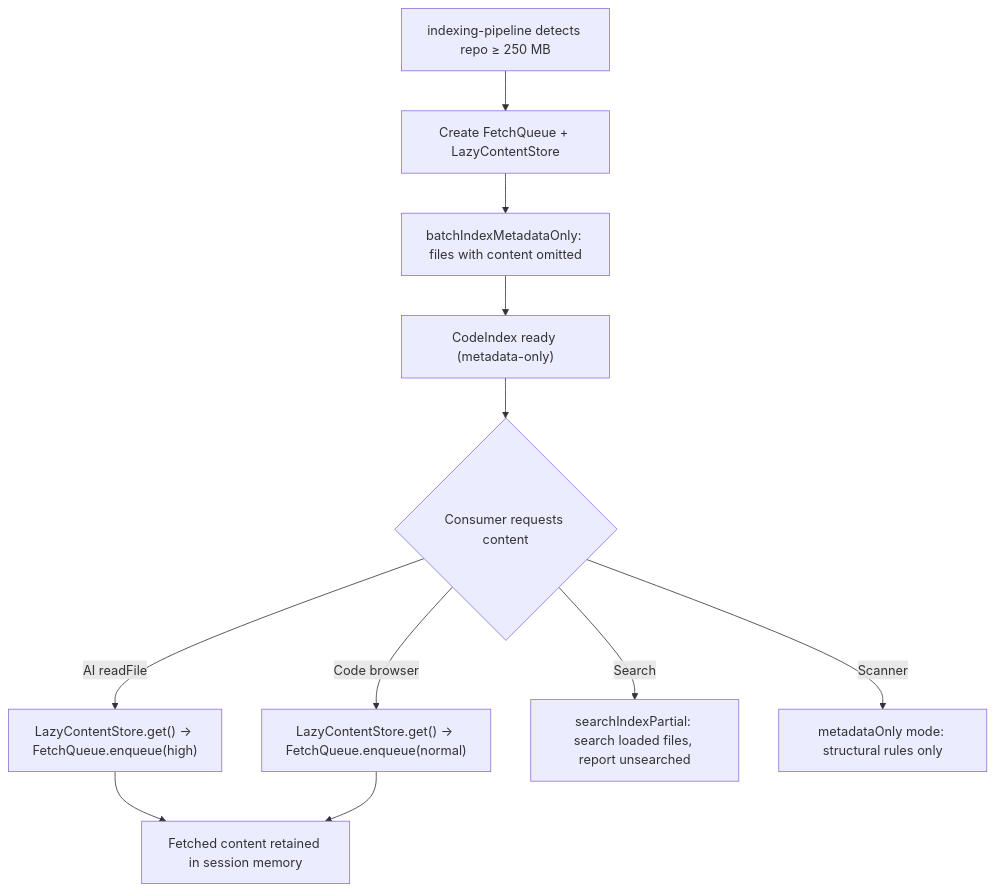
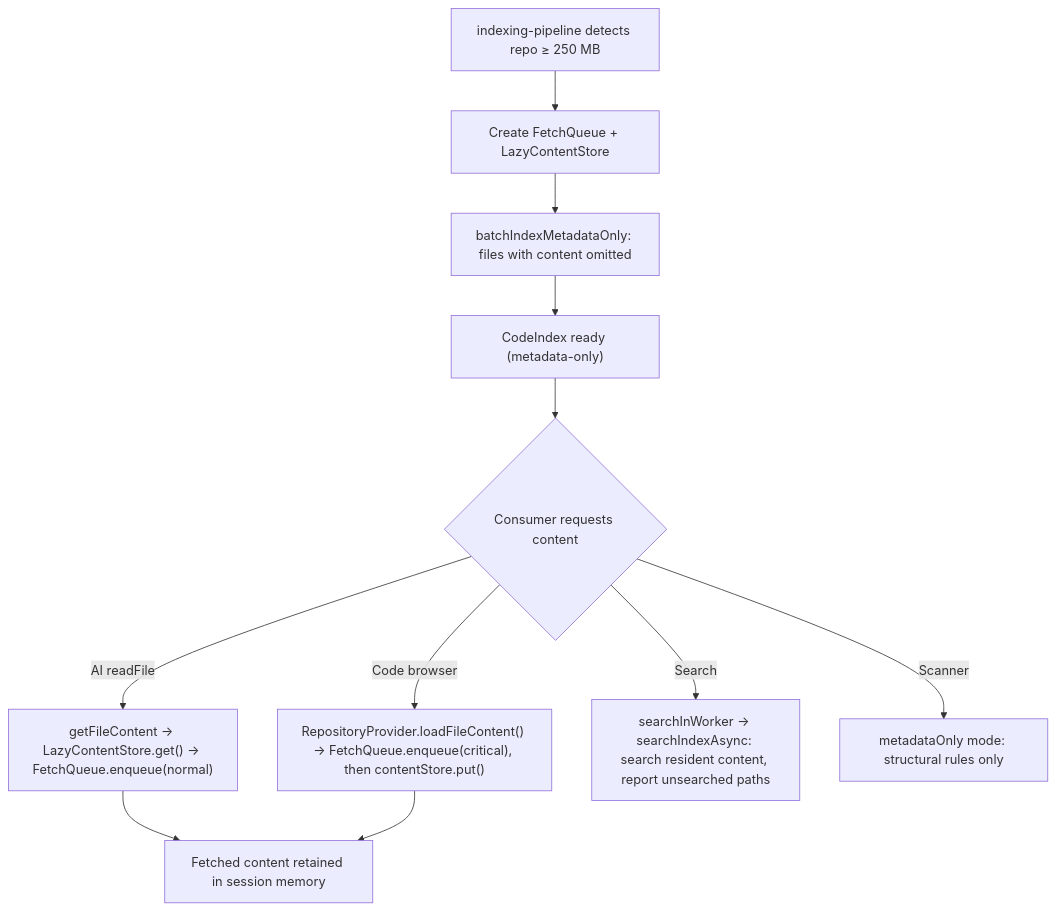
The tenth of 10 diagrams in ARCHITECTURE.md (zebbern/repolens), drawn with Mermaid before and after one commit. The commit also changed other lines of this file and 1 other file, not shown here.

First line of the commit message:
docs: correct drift in AGENTS.md and ARCHITECTURE.md

````diff
--- a/ARCHITECTURE.md
+++ b/ARCHITECTURE.md
@@ -687,13 +700,13 @@
 ```mermaid
 graph TD
   A["indexing-pipeline detects repo ≥ 250 MB"] --> B["Create FetchQueue + LazyContentStore"]
   B --> C["batchIndexMetadataOnly: files with content omitted"]
   C --> D["CodeIndex ready (metadata-only)"]
   D --> E{"Consumer requests content"}
-  E -->|"AI readFile"| F["LazyContentStore.get() → FetchQueue.enqueue(high)"]
-  E -->|"Code browser"| G["LazyContentStore.get() → FetchQueue.enqueue(normal)"]
-  E -->|"Search"| H["searchIndexPartial: search loaded files, report unsearched"]
+  E -->|"AI readFile"| F["getFileContent → LazyContentStore.get() → FetchQueue.enqueue(normal)"]
+  E -->|"Code browser"| G["RepositoryProvider.loadFileContent() → FetchQueue.enqueue(critical), then contentStore.put()"]
+  E -->|"Search"| H["searchInWorker → searchIndexAsync: search resident content, report unsearched paths"]
   E -->|"Scanner"| I["metadataOnly mode: structural rules only"]
   F --> J["Fetched content retained in session memory"]
   G --> J
 ```
````
